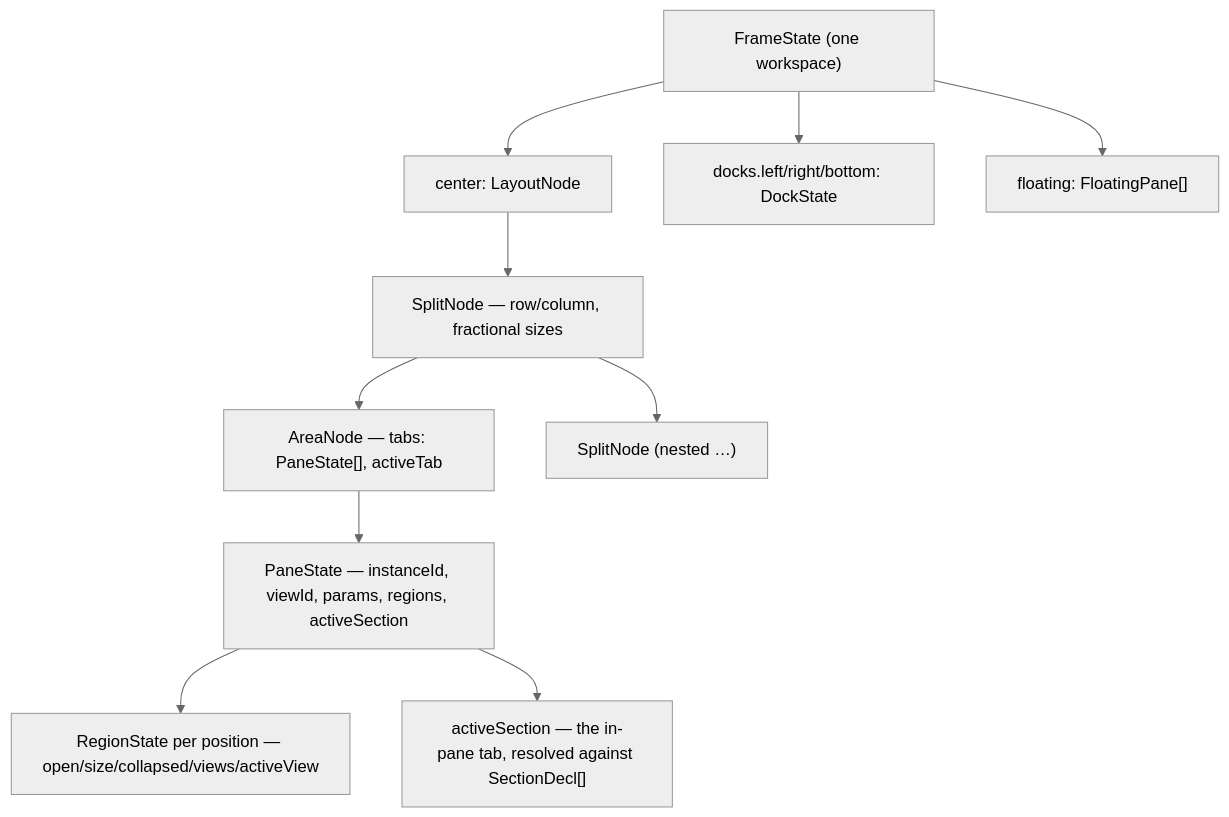
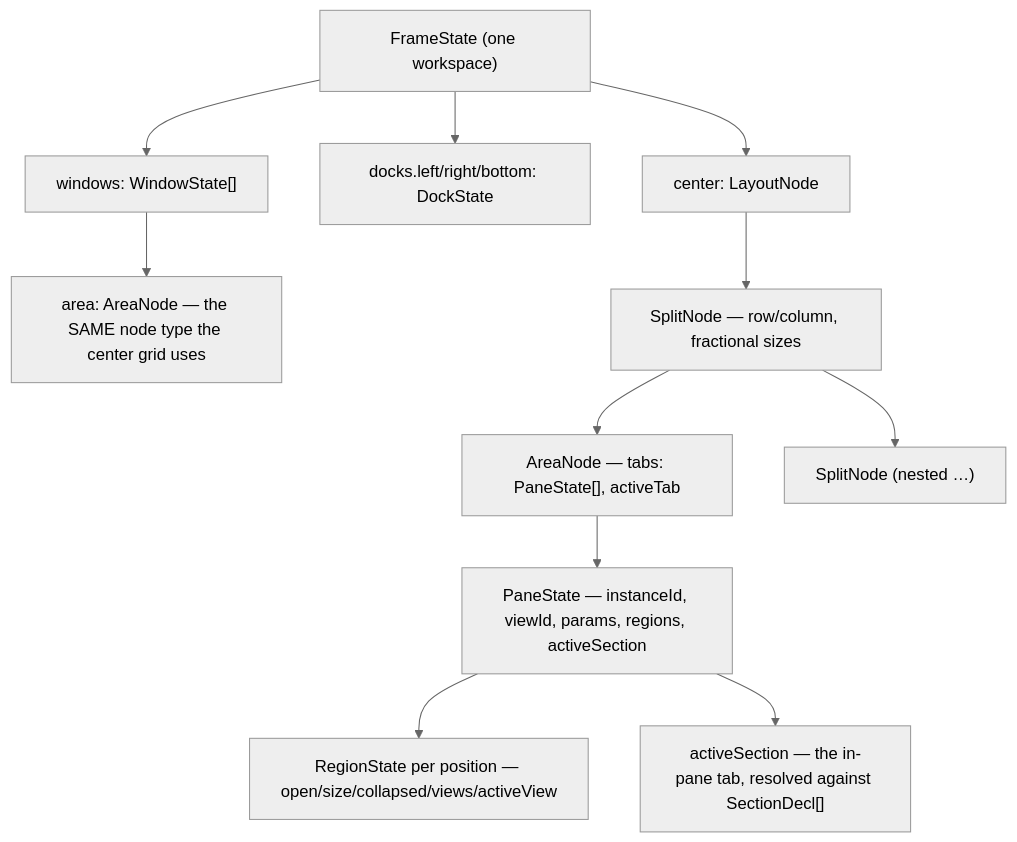
Before and after one commit to ConstCorrectness/horrible-dashboard: the diagram in docs/architecture/windowing.mdx, drawn with Mermaid (neutral theme). The commit also changed other lines of this file and 92 other files, not shown here.

````diff
--- a/docs/architecture/windowing.mdx
+++ b/docs/architecture/windowing.mdx
@@ -96,12 +106,13 @@
 ```mermaid
 flowchart TD
     F["FrameState (one workspace)"] --> C["center: LayoutNode"]
     F --> DL["docks.left/right/bottom: DockState"]
-    F --> FL["floating: FloatingPane[]"]
+    F --> FL["windows: WindowState[]"]
+    FL --> WA["area: AreaNode — the SAME node type the center grid uses"]
     C --> S["SplitNode — row/column, fractional sizes"]
     S --> A["AreaNode — tabs: PaneState[], activeTab"]
     S --> S2["SplitNode (nested …)"]
     A --> P["PaneState — instanceId, viewId, params, regions, activeSection"]
     P --> R["RegionState per position — open/size/collapsed/views/activeView"]
     P --> SEC["activeSection — the in-pane tab, resolved against SectionDecl[]"]
 ```
````
